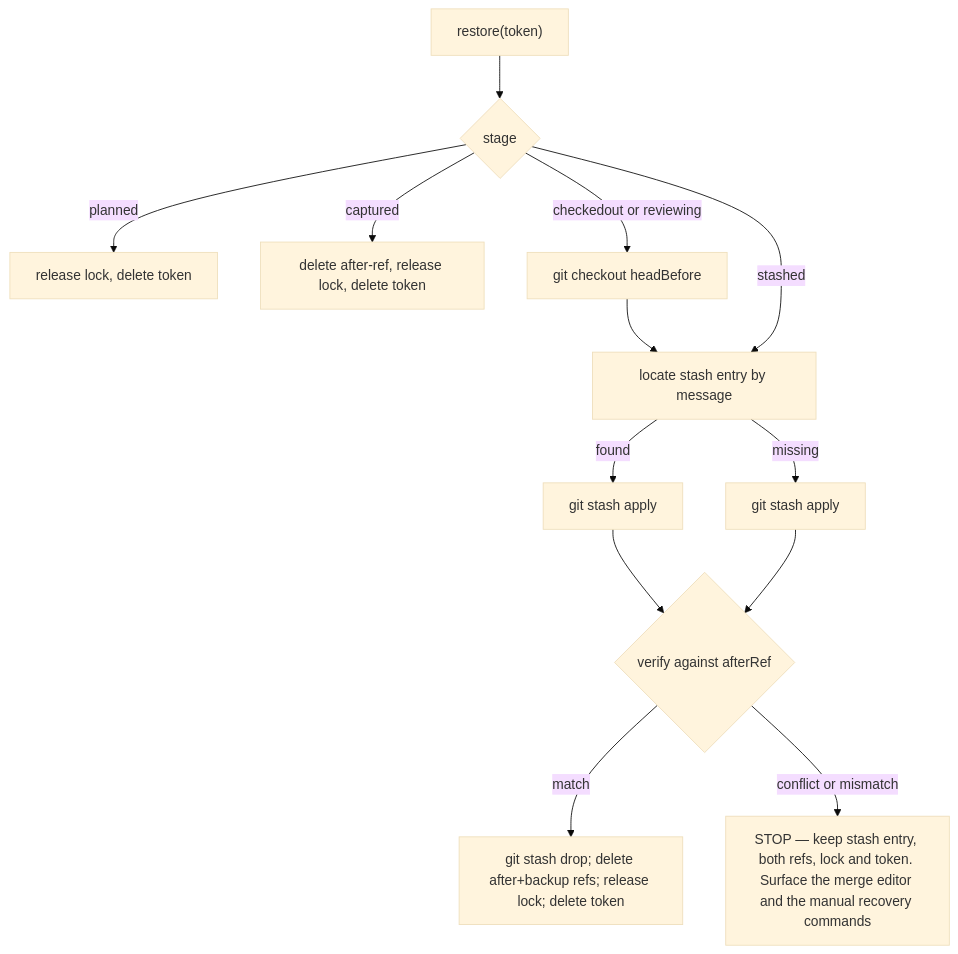
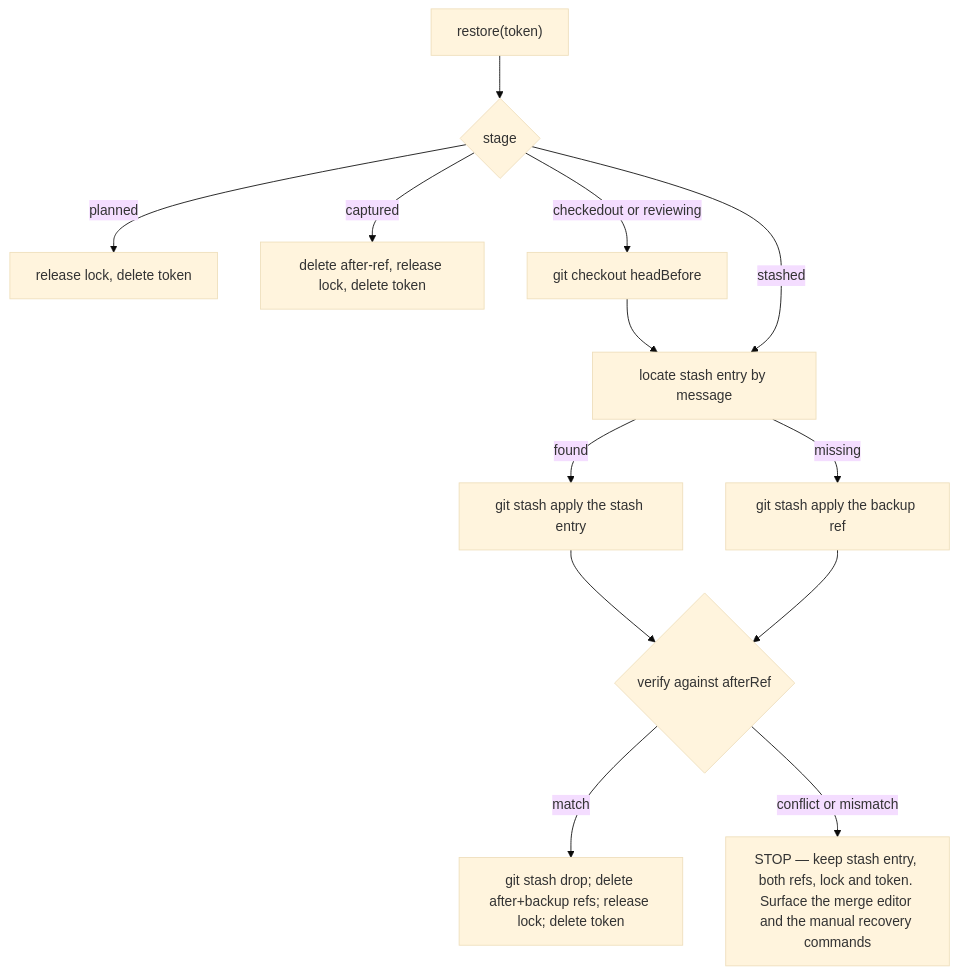
One commit to artalar/review-guider changed the third of 7 diagrams in work-docs/architecture/overview.md. Above: the diagram before and after it, drawn with Mermaid (base theme). The commit also changed other lines of this file and 2 other files, not shown here.

First line of the commit message:
docs(adr): ADR 0002 — architecture decisions for the MVP

````diff
--- a/work-docs/architecture/overview.md
+++ b/work-docs/architecture/overview.md
@@ -395,15 +395,15 @@
 ```mermaid
 flowchart TD
   A["restore(token)"] --> B{"stage"}
   B -->|planned| Z1["release lock, delete token"]
   B -->|captured| Z2["delete after-ref, release lock, delete token"]
   B -->|checkedout or reviewing| C["git checkout headBefore"]
   C --> D
   B -->|stashed| D["locate stash entry by message"]
-  D -->|found| E["git stash apply <entry>"]
-  D -->|missing| F["git stash apply <backupRef>"]
+  D -->|found| E["git stash apply the stash entry"]
+  D -->|missing| F["git stash apply the backup ref"]
   E --> V{"verify against afterRef"}
   F --> V
   V -->|match| K["git stash drop; delete after+backup refs; release lock; delete token"]
   V -->|conflict or mismatch| J["STOP — keep stash entry, both refs, lock and token. Surface the merge editor and the manual recovery commands"]
 ```
````
